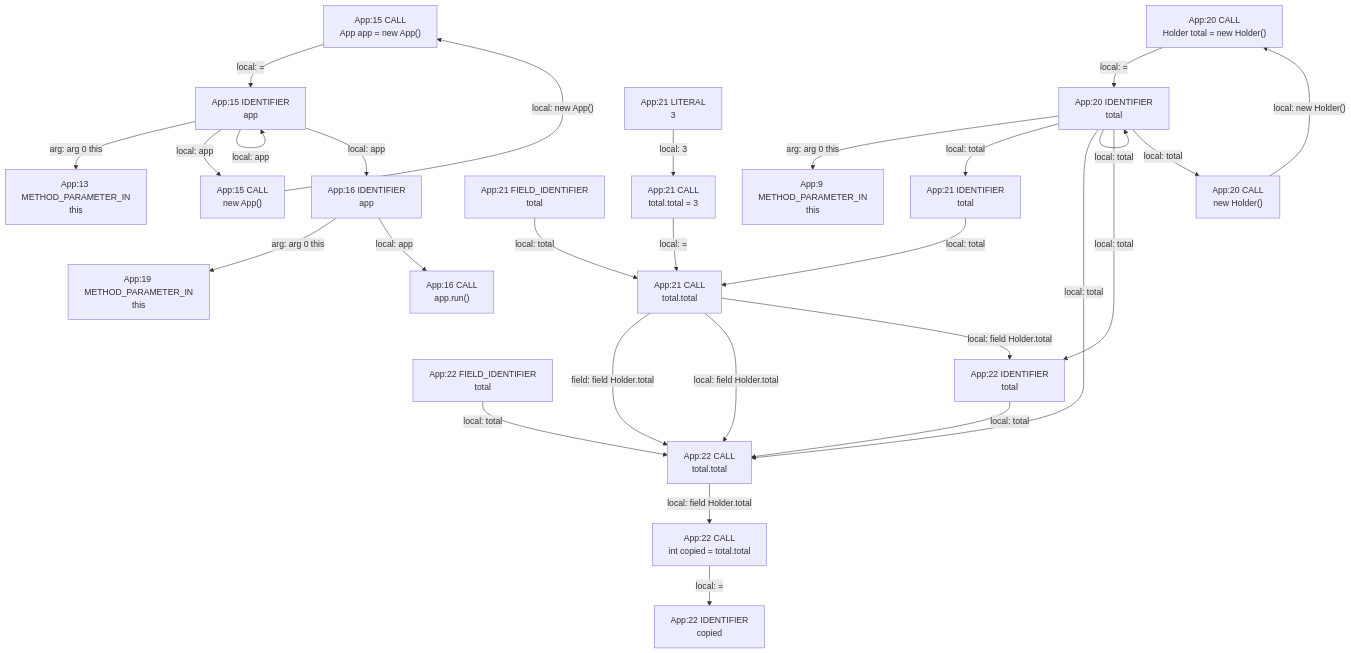
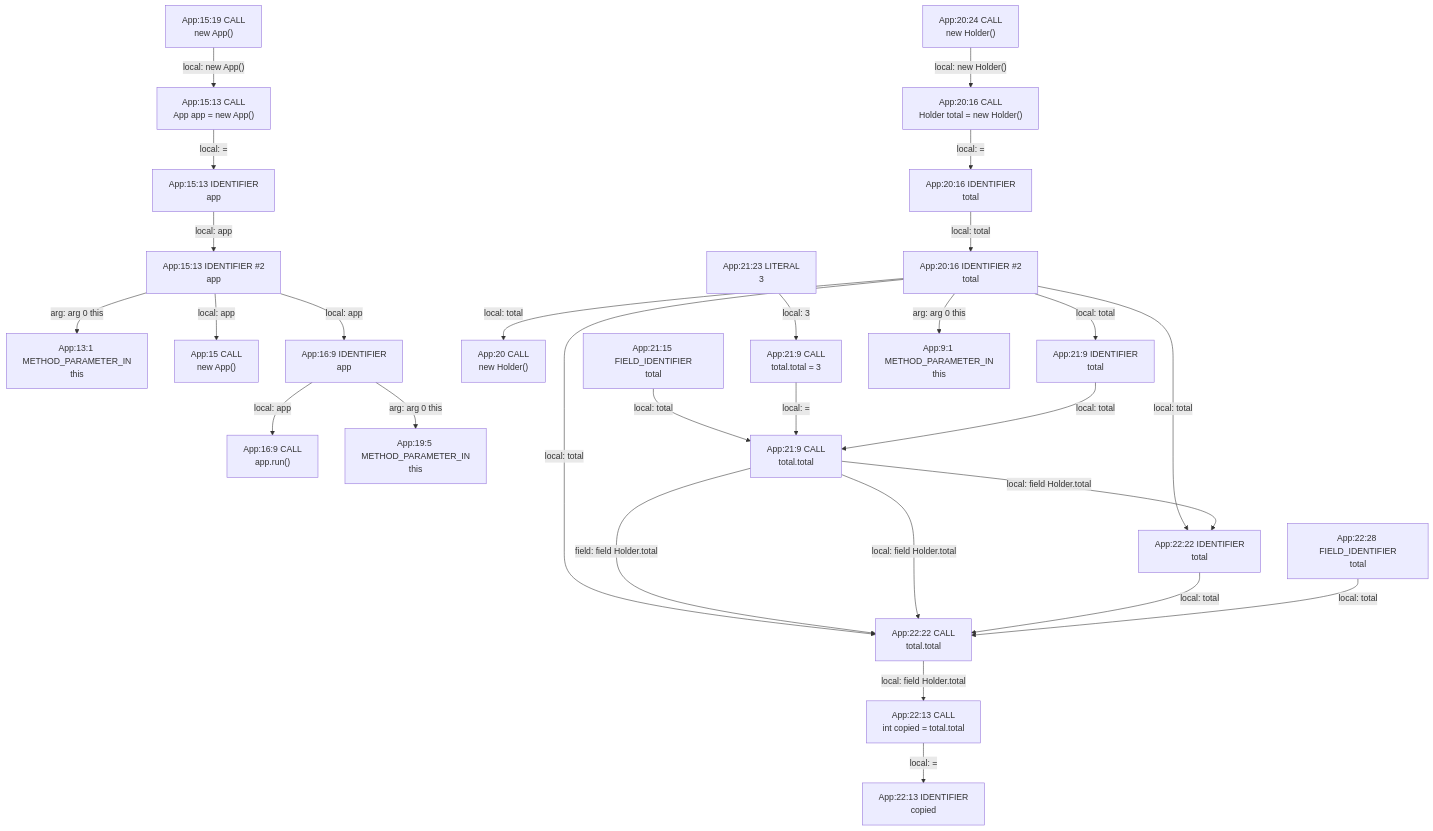
One commit to gstiebler/codeflow changed the diagram in app/src/test/resources/shadowedType/spike-truth.md. Above: the diagram before and after it, drawn with Mermaid. The commit also changed 154 other files, not shown here.

````diff
--- a/app/src/test/resources/shadowedType/spike-truth.md
+++ b/app/src/test/resources/shadowedType/spike-truth.md
@@ -3,51 +3,55 @@
 ```mermaid
 flowchart TD
-  n0["App:13 METHOD_PARAMETER_IN<br/>this"]
-  n1["App:15 CALL<br/>App app = new App()"]
-  n2["App:15 CALL<br/>new App()"]
-  n3["App:15 IDENTIFIER<br/>app"]
-  n4["App:16 CALL<br/>app.run()"]
-  n5["App:16 IDENTIFIER<br/>app"]
-  n6["App:19 METHOD_PARAMETER_IN<br/>this"]
-  n7["App:20 CALL<br/>Holder total = new Holder()"]
-  n8["App:20 CALL<br/>new Holder()"]
-  n9["App:20 IDENTIFIER<br/>total"]
-  n10["App:21 CALL<br/>total.total"]
-  n11["App:21 CALL<br/>total.total = 3"]
-  n12["App:21 FIELD_IDENTIFIER<br/>total"]
-  n13["App:21 IDENTIFIER<br/>total"]
-  n14["App:21 LITERAL<br/>3"]
-  n15["App:22 CALL<br/>int copied = total.total"]
-  n16["App:22 CALL<br/>total.total"]
-  n17["App:22 FIELD_IDENTIFIER<br/>total"]
-  n18["App:22 IDENTIFIER<br/>copied"]
-  n19["App:22 IDENTIFIER<br/>total"]
-  n20["App:9 METHOD_PARAMETER_IN<br/>this"]
-  n1 -->|"local: ="| n3
-  n10 -->|"field: field Holder.total"| n16
-  n10 -->|"local: field Holder.total"| n16
-  n10 -->|"local: field Holder.total"| n19
-  n11 -->|"local: ="| n10
-  n12 -->|"local: total"| n10
-  n13 -->|"local: total"| n10
-  n14 -->|"local: 3"| n11
-  n15 -->|"local: ="| n18
-  n16 -->|"local: field Holder.total"| n15
-  n17 -->|"local: total"| n16
-  n19 -->|"local: total"| n16
-  n2 -->|"local: new App()"| n1
+  n0["App:13:1 METHOD_PARAMETER_IN<br/>this"]
+  n1["App:15 CALL<br/>new App()"]
+  n2["App:15:13 CALL<br/>App app = new App()"]
+  n3["App:15:13 IDENTIFIER #2<br/>app"]
+  n4["App:15:13 IDENTIFIER<br/>app"]
+  n5["App:15:19 CALL<br/>new App()"]
+  n6["App:16:9 CALL<br/>app.run()"]
+  n7["App:16:9 IDENTIFIER<br/>app"]
+  n8["App:19:5 METHOD_PARAMETER_IN<br/>this"]
+  n9["App:20 CALL<br/>new Holder()"]
+  n10["App:20:16 CALL<br/>Holder total = new Holder()"]
+  n11["App:20:16 IDENTIFIER #2<br/>total"]
+  n12["App:20:16 IDENTIFIER<br/>total"]
+  n13["App:20:24 CALL<br/>new Holder()"]
+  n14["App:21:15 FIELD_IDENTIFIER<br/>total"]
+  n15["App:21:23 LITERAL<br/>3"]
+  n16["App:21:9 CALL<br/>total.total"]
+  n17["App:21:9 CALL<br/>total.total = 3"]
+  n18["App:21:9 IDENTIFIER<br/>total"]
+  n19["App:22:13 CALL<br/>int copied = total.total"]
+  n20["App:22:13 IDENTIFIER<br/>copied"]
+  n21["App:22:22 CALL<br/>total.total"]
+  n22["App:22:22 IDENTIFIER<br/>total"]
+  n23["App:22:28 FIELD_IDENTIFIER<br/>total"]
+  n24["App:9:1 METHOD_PARAMETER_IN<br/>this"]
+  n10 -->|"local: ="| n12
+  n11 -->|"arg: arg 0 this"| n24
+  n11 -->|"local: total"| n18
+  n11 -->|"local: total"| n21
+  n11 -->|"local: total"| n22
+  n11 -->|"local: total"| n9
+  n12 -->|"local: total"| n11
+  n13 -->|"local: new Holder()"| n10
+  n14 -->|"local: total"| n16
+  n15 -->|"local: 3"| n17
+  n16 -->|"field: field Holder.total"| n21
+  n16 -->|"local: field Holder.total"| n21
+  n16 -->|"local: field Holder.total"| n22
+  n17 -->|"local: ="| n16
+  n18 -->|"local: total"| n16
+  n19 -->|"local: ="| n20
+  n2 -->|"local: ="| n4
+  n21 -->|"local: field Holder.total"| n19
+  n22 -->|"local: total"| n21
+  n23 -->|"local: total"| n21
   n3 -->|"arg: arg 0 this"| n0
-  n3 -->|"local: app"| n2
-  n3 -->|"local: app"| n3
-  n3 -->|"local: app"| n5
-  n5 -->|"arg: arg 0 this"| n6
-  n5 -->|"local: app"| n4
-  n7 -->|"local: ="| n9
-  n8 -->|"local: new Holder()"| n7
-  n9 -->|"arg: arg 0 this"| n20
-  n9 -->|"local: total"| n13
-  n9 -->|"local: total"| n16
-  n9 -->|"local: total"| n19
-  n9 -->|"local: total"| n8
-  n9 -->|"local: total"| n9
+  n3 -->|"local: app"| n1
+  n3 -->|"local: app"| n7
+  n4 -->|"local: app"| n3
+  n5 -->|"local: new App()"| n2
+  n7 -->|"arg: arg 0 this"| n8
+  n7 -->|"local: app"| n6
 ```
````
